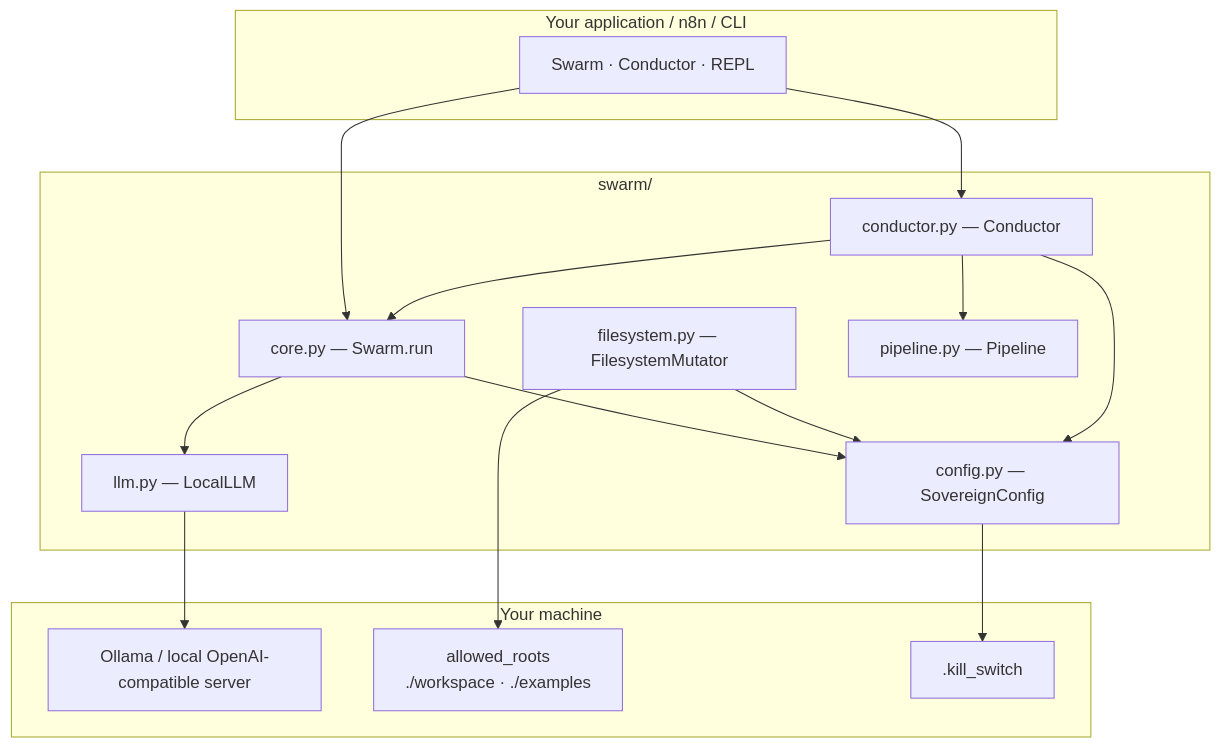
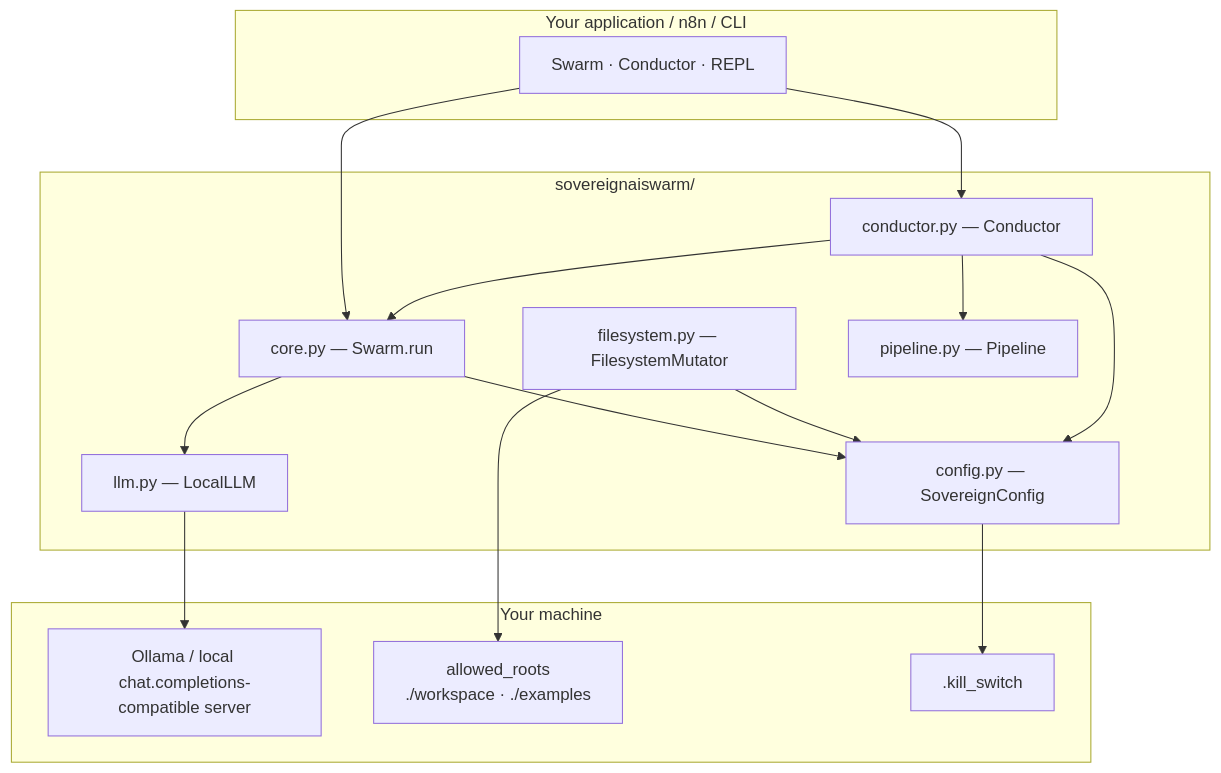
The first of 6 diagrams in README.md (Flakiopai/SovereignAISwarm), drawn with Mermaid before and after one commit. The commit also changed other lines of this file and 32 other files, not shown here.

````diff
--- a/README.md
+++ b/README.md
@@ -63,33 +63,33 @@
 ```mermaid
 flowchart TB
   subgraph App["Your application / n8n / CLI"]
     API["Swarm · Conductor · REPL"]
   end
 
-  subgraph Core["swarm/"]
+  subgraph Core["sovereignaiswarm/"]
     SW["core.py — Swarm.run"]
     CFG["config.py — SovereignConfig"]
     LLM["llm.py — LocalLLM"]
     FS["filesystem.py — FilesystemMutator"]
     PIPE["pipeline.py — Pipeline"]
     COND["conductor.py — Conductor"]
   end
 
   subgraph Local["Your machine"]
-    OLLAMA["Ollama / local OpenAI-compatible server"]
+    OLLAMA["Ollama / local chat.completions-compatible server"]
     DISK["allowed_roots<br/>./workspace · ./examples"]
     KILL[".kill_switch"]
   end
 
   API --> SW
   API --> COND
   COND --> SW
   COND --> PIPE
   SW --> CFG
   SW --> LLM
   FS --> CFG
   COND --> CFG
   LLM --> OLLAMA
   FS --> DISK
   CFG --> KILL
 ```
````
